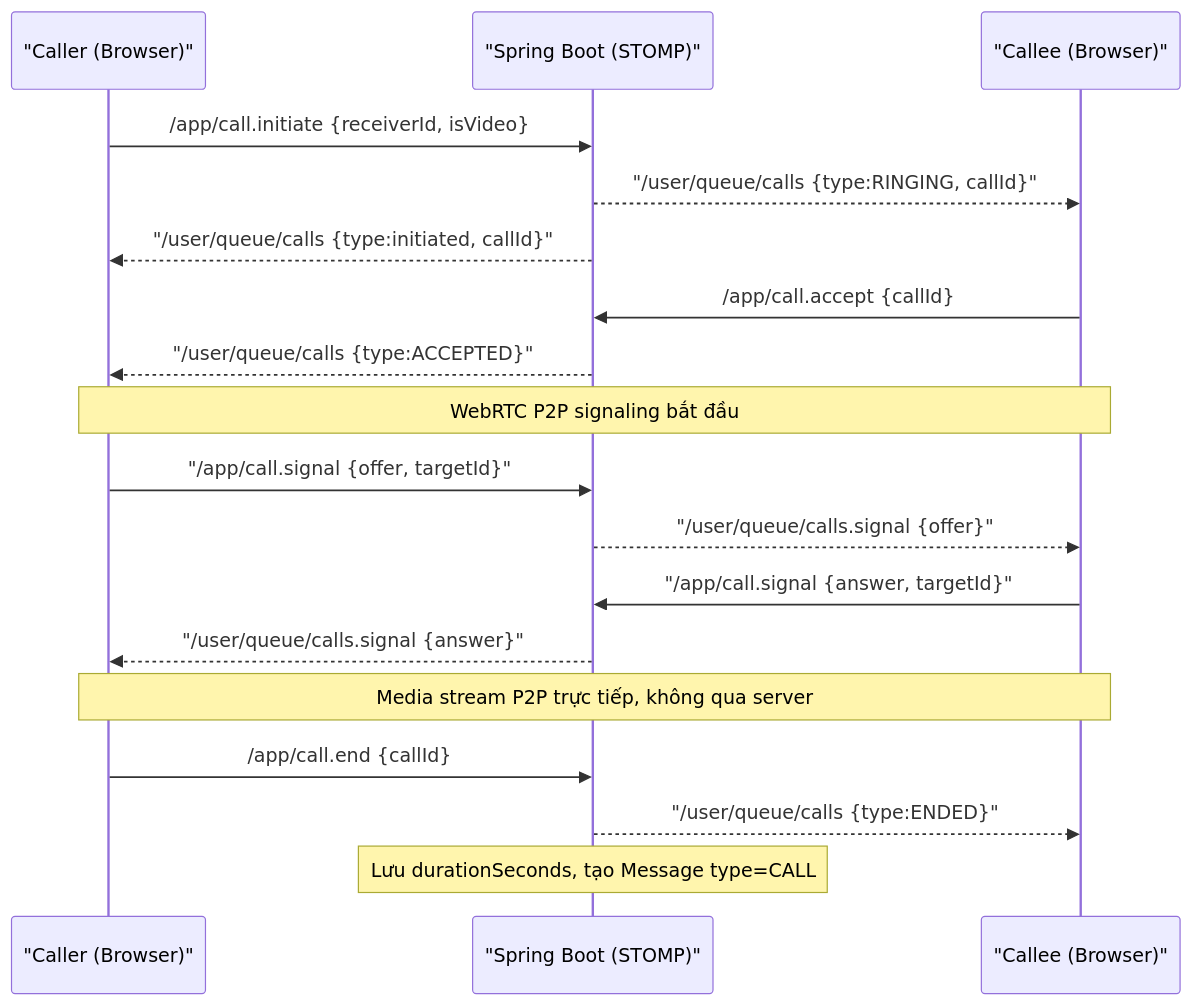
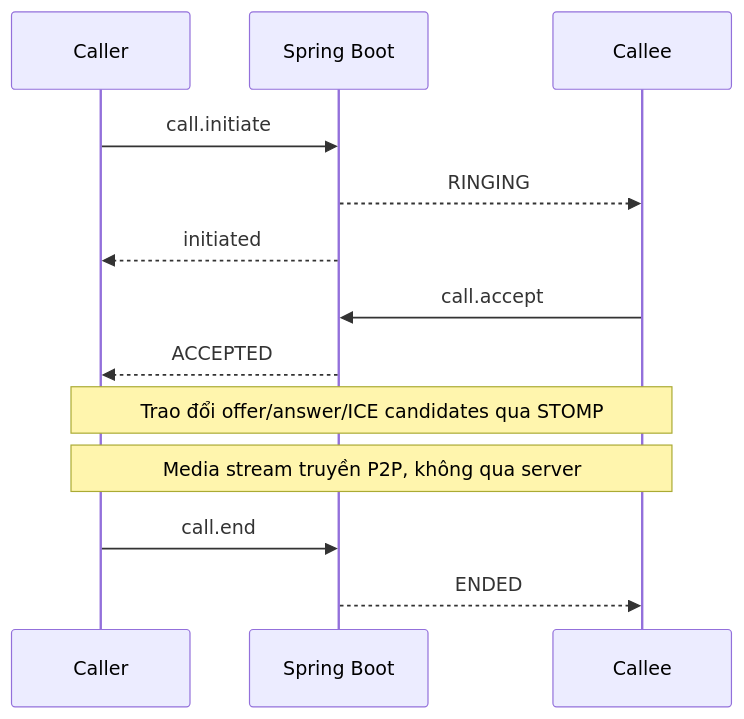
The third of 4 diagrams in README.md (NKHung151/My-Space), drawn with Mermaid before and after one commit. The commit also changed other lines of this file, not shown here.

````diff
--- a/README.md
+++ b/README.md
@@ -156,21 +115,16 @@
 ```mermaid
 sequenceDiagram
-    participant A as "Caller (Browser)"
-    participant S as "Spring Boot (STOMP)"
-    participant B as "Callee (Browser)"
+    participant A as Caller
+    participant S as Spring Boot
+    participant B as Callee
 
-    A->>S: /app/call.initiate {receiverId, isVideo}
-    S-->>B: "/user/queue/calls {type:RINGING, callId}"
-    S-->>A: "/user/queue/calls {type:initiated, callId}"
-    B->>S: /app/call.accept {callId}
-    S-->>A: "/user/queue/calls {type:ACCEPTED}"
-    Note over A,B: WebRTC P2P signaling bắt đầu
-    A->>S: "/app/call.signal {offer, targetId}"
-    S-->>B: "/user/queue/calls.signal {offer}"
-    B->>S: "/app/call.signal {answer, targetId}"
-    S-->>A: "/user/queue/calls.signal {answer}"
-    Note over A,B: Media stream P2P trực tiếp, không qua server
-    A->>S: /app/call.end {callId}
-    S-->>B: "/user/queue/calls {type:ENDED}"
-    Note over S: Lưu durationSeconds, tạo Message type=CALL
+    A->>S: call.initiate
+    S-->>B: RINGING
+    S-->>A: initiated
+    B->>S: call.accept
+    S-->>A: ACCEPTED
+    Note over A,B: Trao đổi offer/answer/ICE candidates qua STOMP
+    Note over A,B: Media stream truyền P2P, không qua server
+    A->>S: call.end
+    S-->>B: ENDED
 ```
````
